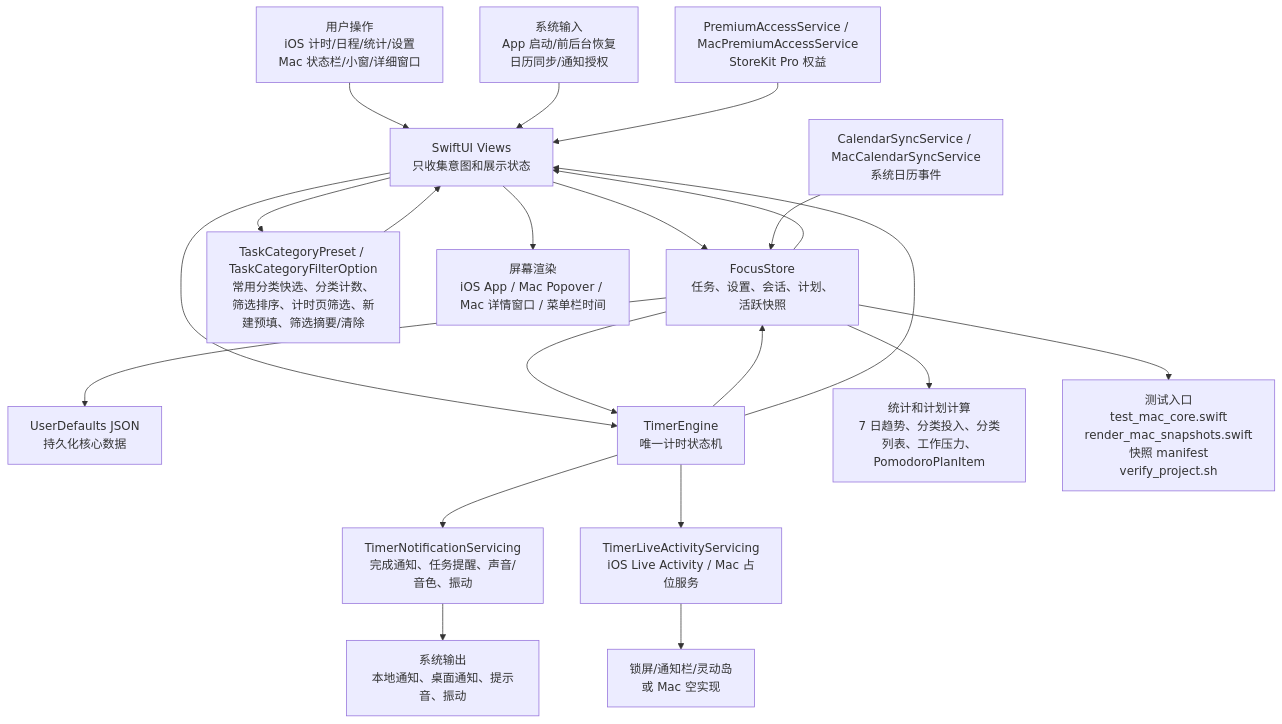
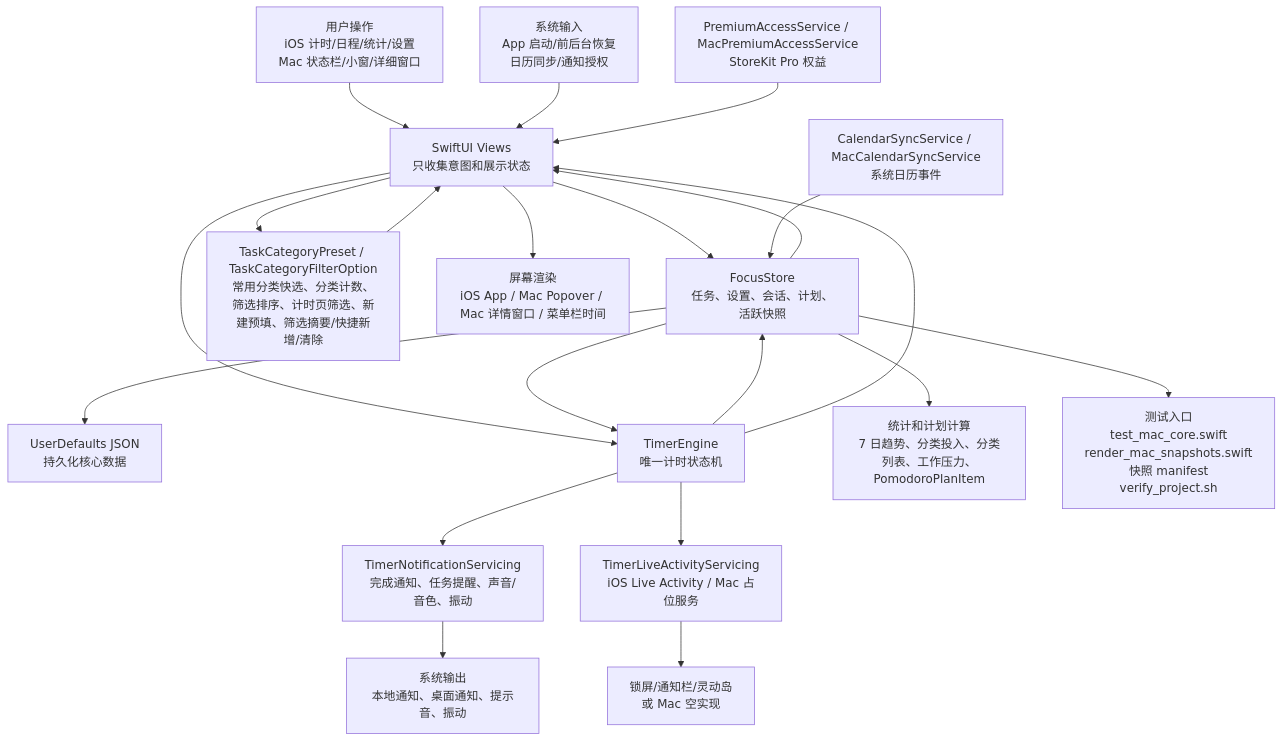
Before and after one commit to Altman-sam114/114: the first of 6 diagrams in md/flow/flowchart.md, drawn with Mermaid. The commit also changed other lines of this file and 8 other files, not shown here.

````diff
--- a/md/flow/flowchart.md
+++ b/md/flow/flowchart.md
@@ -9,23 +9,23 @@
 ```mermaid
 flowchart TD
   U["用户操作<br/>iOS 计时/日程/统计/设置<br/>Mac 状态栏/小窗/详细窗口"] --> V["SwiftUI Views<br/>只收集意图和展示状态"]
   SYS["系统输入<br/>App 启动/前后台恢复<br/>日历同步/通知授权"] --> V
   V --> S["FocusStore<br/>任务、设置、会话、计划、活跃快照"]
-  V --> CAT["TaskCategoryPreset / TaskCategoryFilterOption<br/>常用分类快选、分类计数、筛选排序、计时页筛选、新建预填、筛选摘要/清除"]
+  V --> CAT["TaskCategoryPreset / TaskCategoryFilterOption<br/>常用分类快选、分类计数、筛选排序、计时页筛选、新建预填、筛选摘要/快捷新增/清除"]
   CAT --> V
   S --> P["UserDefaults JSON<br/>持久化核心数据"]
   V --> E["TimerEngine<br/>唯一计时状态机"]
   S --> E
   E --> S
   E --> N["TimerNotificationServicing<br/>完成通知、任务提醒、声音/音色、振动"]
   E --> L["TimerLiveActivityServicing<br/>iOS Live Activity / Mac 占位服务"]
   S --> C["统计和计划计算<br/>7 日趋势、分类投入、分类列表、工作压力、PomodoroPlanItem"]
   CAL["CalendarSyncService / MacCalendarSyncService<br/>系统日历事件"] --> S
   PRO["PremiumAccessService / MacPremiumAccessService<br/>StoreKit Pro 权益"] --> V
   S --> V
   E --> V
   V --> OUT["屏幕渲染<br/>iOS App / Mac Popover / Mac 详情窗口 / 菜单栏时间"]
   N --> OUT2["系统输出<br/>本地通知、桌面通知、提示音、振动"]
   L --> OUT3["锁屏/通知栏/灵动岛<br/>或 Mac 空实现"]
   S --> T["测试入口<br/>test_mac_core.swift<br/>render_mac_snapshots.swift<br/>快照 manifest<br/>verify_project.sh"]
 ```
````
